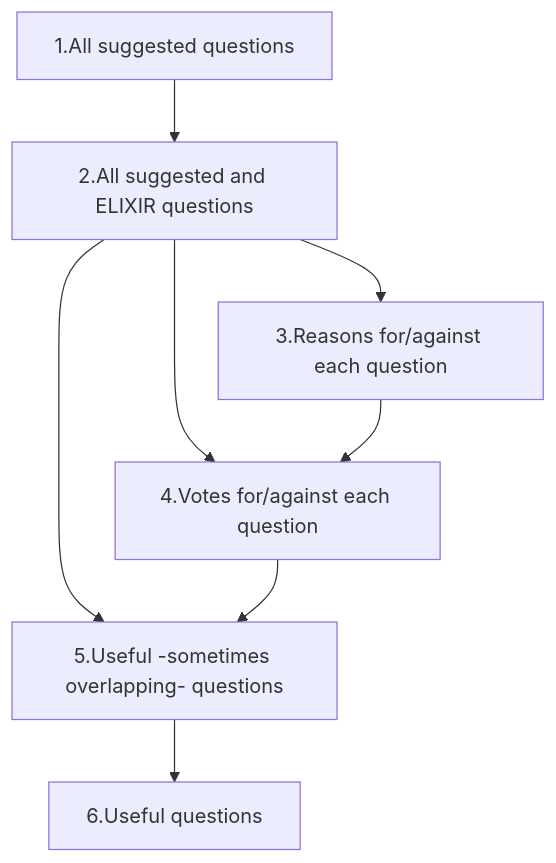
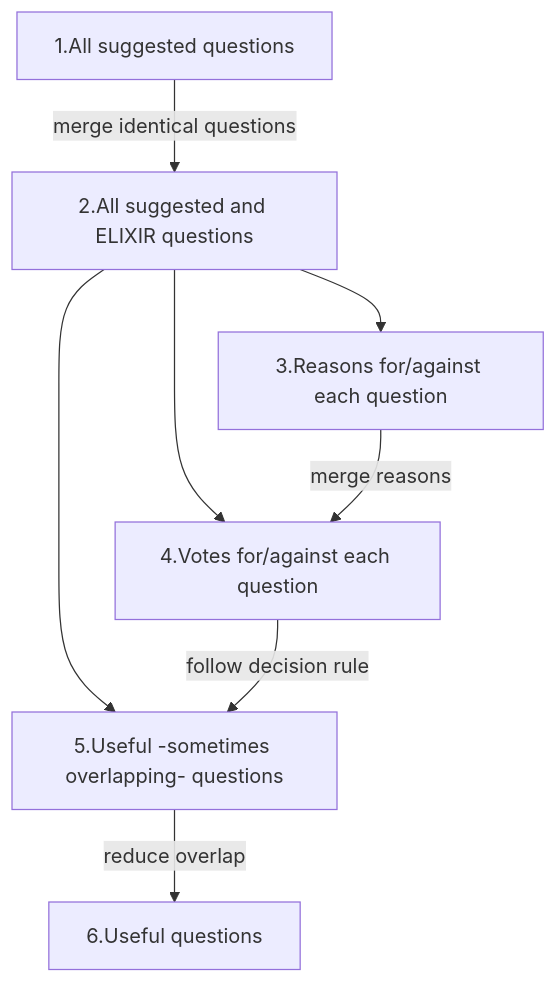
One commit to NBISweden/elixir_evaluation_evaluation changed the diagram in docs/methods_3.md. Above: the diagram before and after it, drawn with Mermaid. The commit also changed other lines of this file and 2 other files, not shown here.

````diff
--- a/docs/methods_3.md
+++ b/docs/methods_3.md
@@ -10,17 +17,17 @@
-```mermaid
-flowchart TD
-  data_set_1[1.All suggested questions]
-  data_set_2[2.All suggested and ELIXIR questions]
-  data_set_3[3.Reasons for/against each question]
-  data_set_4[4.Votes for/against each question]
-  data_set_5[5.Useful -sometimes overlapping- questions]
-  data_set_6[6.Useful questions]
+    ```mermaid
+    flowchart TD
+      data_set_1[1.All suggested questions]
+      data_set_2[2.All suggested and ELIXIR questions]
+      data_set_3[3.Reasons for/against each question]
+      data_set_4[4.Votes for/against each question]
+      data_set_5[5.Useful -sometimes overlapping- questions]
+      data_set_6[6.Useful questions]
 
-  data_set_1 --> data_set_2
-  data_set_2 --> data_set_3
-  data_set_2 --> data_set_4
-  data_set_3 --> data_set_4
-  data_set_2 --> data_set_5
-  data_set_4 --> data_set_5
-  data_set_5 --> data_set_6
-```
+      data_set_1 --> |merge identical questions| data_set_2
+      data_set_2 --> data_set_3
+      data_set_2 --> data_set_4
+      data_set_3 --> |merge reasons| data_set_4
+      data_set_2 --> data_set_5
+      data_set_4 --> |follow decision rule| data_set_5
+      data_set_5 --> |reduce overlap| data_set_6
+    ```
````
